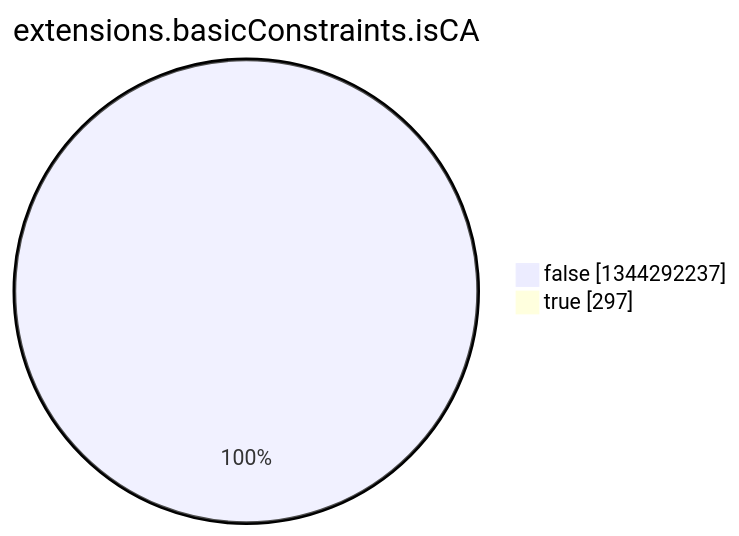
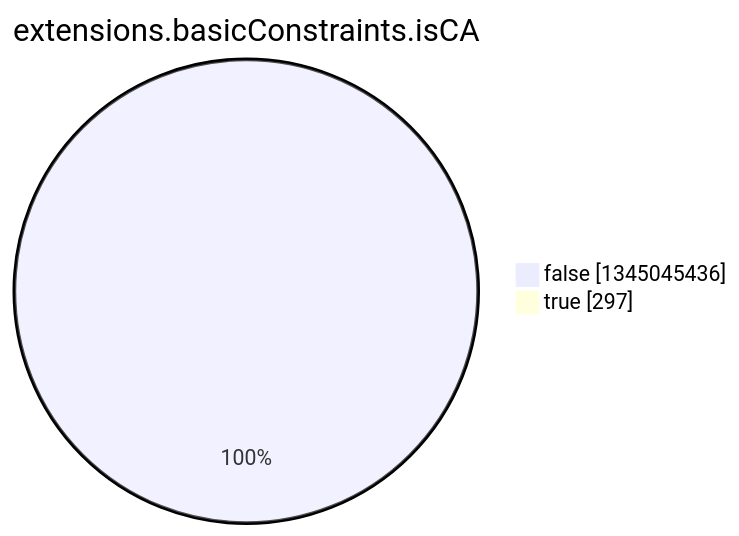
The eighth of 15 diagrams in argon2022/README.md (christiankrug/ctmonitor_visualization), drawn with Mermaid before and after one commit. The commit also changed other lines of this file, not shown here.

````diff
--- a/argon2022/README.md
+++ b/argon2022/README.md
@@ -2758,6 +2758,6 @@
 ```mermaid
 pie showData
 title extensions.basicConstraints.isCA
-"false" :1344292237
+"false" :1345045436
 "true" :297
 ```
````
